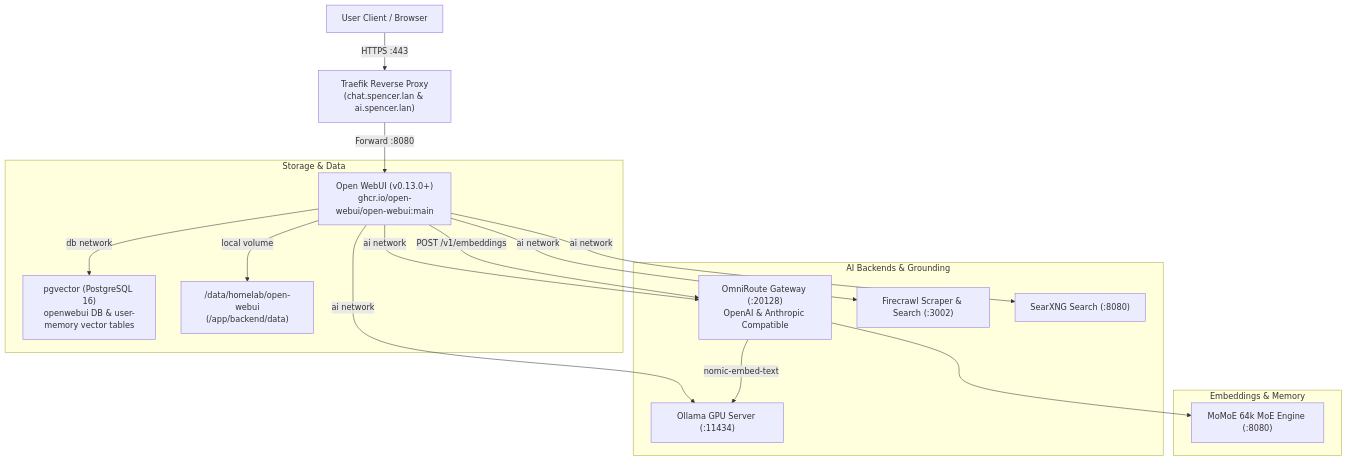
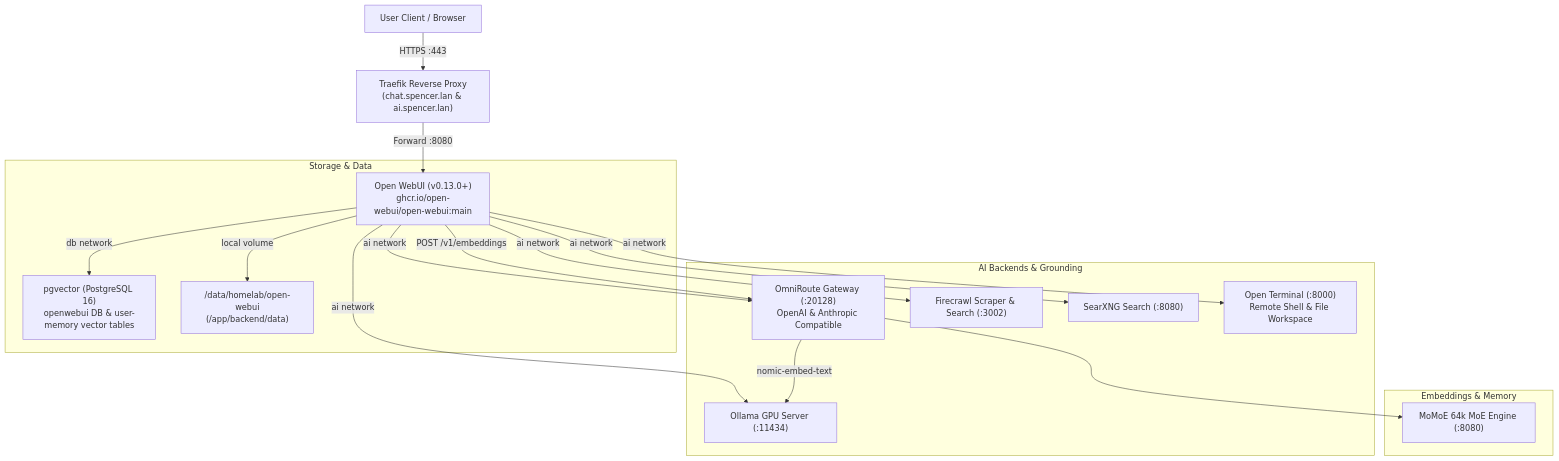
The diagram in docs/open-webui.md (jamesbspencer/homelab), drawn with Mermaid before and after one commit. The commit also changed other lines of this file and 11 other files, not shown here.

First line of the commit message:
feat(open-webui): integrate open-terminal agent substrate and function test suite

````diff
--- a/docs/open-webui.md
+++ b/docs/open-webui.md
@@ -30,23 +31,24 @@
 ```mermaid
 graph TD
     User["User Client / Browser"] -->|HTTPS :443| Traefik["Traefik Reverse Proxy<br/>(chat.spencer.lan & ai.spencer.lan)"]
     Traefik -->|Forward :8080| OWUI["Open WebUI (v0.13.0+)<br/>ghcr.io/open-webui/open-webui:main"]
 
     subgraph Storage & Data
         OWUI -->|db network| PG["pgvector (PostgreSQL 16)<br/>openwebui DB & user-memory vector tables"]
         OWUI -->|local volume| Disk["/data/homelab/open-webui<br/>(/app/backend/data)"]
     end
 
     subgraph AI Backends & Grounding
         OWUI -->|ai network| OmniRoute["OmniRoute Gateway (:20128)<br/>OpenAI & Anthropic Compatible"]
         OWUI -->|ai network| Ollama["Ollama GPU Server (:11434)"]
         OWUI -->|ai network| Firecrawl["Firecrawl Scraper & Search (:3002)"]
         OWUI -->|ai network| SearXNG["SearXNG Search (:8080)"]
+        OWUI -->|ai network| OT["Open Terminal (:8000)<br/>Remote Shell & File Workspace"]
     end
 
     subgraph Embeddings & Memory
         OWUI -->|POST /v1/embeddings| OmniRoute
         OmniRoute -->|nomic-embed-text| Ollama
         OmniRoute --> MoMoE["MoMoE 64k MoE Engine (:8080)"]
     end
 ```
````
